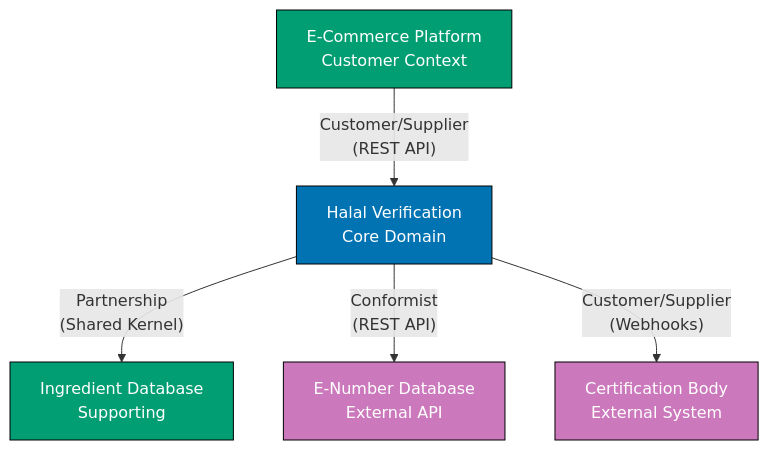
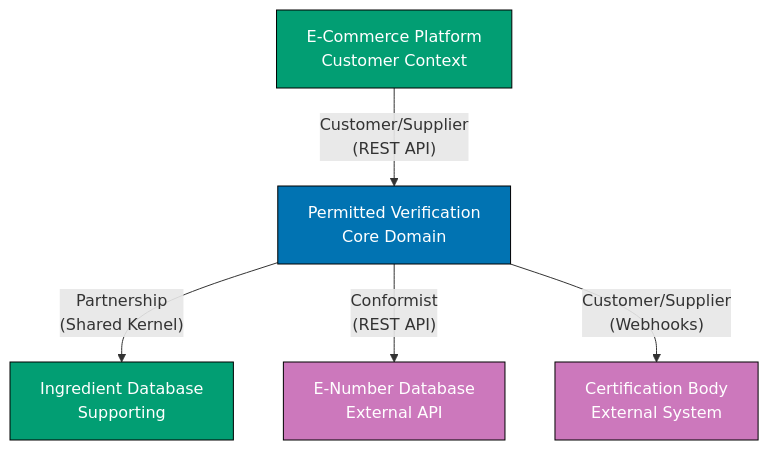
One commit to wahidyankf/open-sharia-enterprise changed the fourth of 6 diagrams in docs/explanation/software/architecture/domain-driven-design-ddd/templates/ex-so-ar-dodrdedd-te__starter-full-documentation.md. Above: the diagram before and after it, drawn with Mermaid. The commit also changed other lines of this file and 94 other files, not shown here.

````diff
--- a/docs/explanation/software/architecture/domain-driven-design-ddd/templates/ex-so-ar-dodrdedd-te__starter-full-documentation.md
+++ b/docs/explanation/software/architecture/domain-driven-design-ddd/templates/ex-so-ar-dodrdedd-te__starter-full-documentation.md
@@ -594,19 +594,19 @@
 ```mermaid
 graph TD
-    HV[Halal Verification<br/>Core Domain]
+    HV[Permitted Verification<br/>Core Domain]
     ING[Ingredient Database<br/>Supporting]
     ENUM[E-Number Database<br/>External API]
     CERT[Certification Body<br/>External System]
     ECOM[E-Commerce Platform<br/>Customer Context]
 
     HV -->|"Partnership<br/>(Shared Kernel)"| ING
     HV -->|"Conformist<br/>(REST API)"| ENUM
     HV -->|"Customer/Supplier<br/>(Webhooks)"| CERT
     ECOM -->|"Customer/Supplier<br/>(REST API)"| HV
 
     style HV fill:#0173B2,stroke:#000,color:#FFFFFF
     style ING fill:#029E73,stroke:#000,color:#FFFFFF
     style ENUM fill:#CC78BC,stroke:#000,color:#FFFFFF
     style CERT fill:#CC78BC,stroke:#000,color:#FFFFFF
     style ECOM fill:#029E73,stroke:#000,color:#FFFFFF
 ```
````
